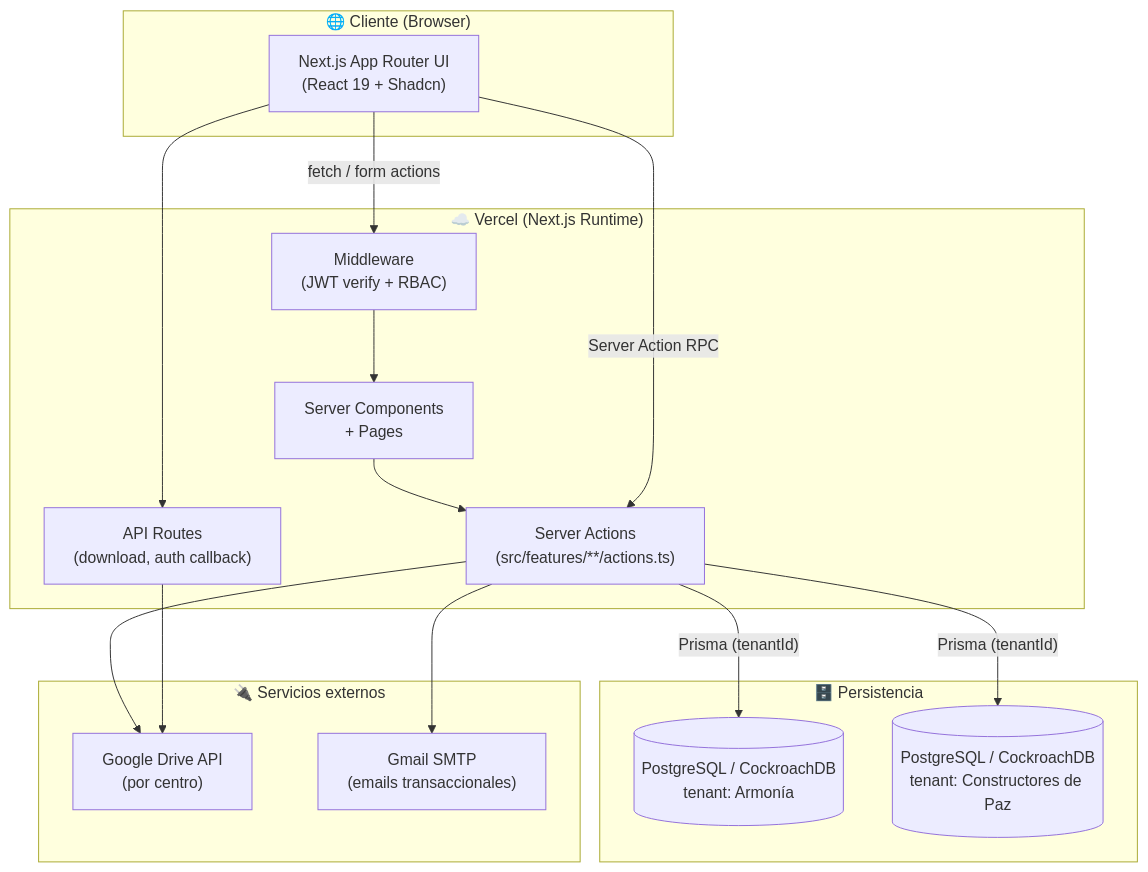
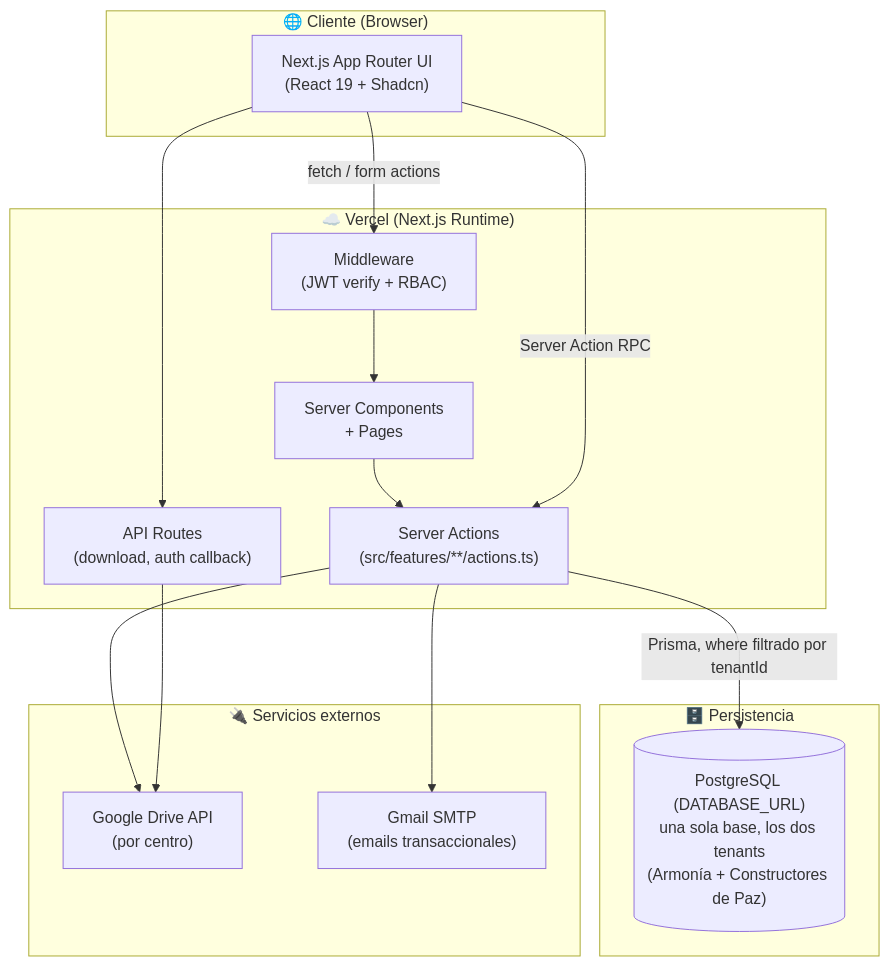
The first of 9 diagrams in docs/ARQUITECTURA.md (insolventic/insolventic), drawn with Mermaid before and after one commit. The commit also changed other lines of this file and 5 other files, not shown here.

````diff
--- a/docs/ARQUITECTURA.md
+++ b/docs/ARQUITECTURA.md
@@ -9,34 +9,32 @@
 ```mermaid
 flowchart TB
     subgraph Client["🌐 Cliente (Browser)"]
         UI["Next.js App Router UI<br/>(React 19 + Shadcn)"]
     end
 
     subgraph Vercel["☁️ Vercel (Next.js Runtime)"]
         Middleware["Middleware<br/>(JWT verify + RBAC)"]
         Pages["Server Components<br/>+ Pages"]
         Actions["Server Actions<br/>(src/features/**/actions.ts)"]
         API["API Routes<br/>(download, auth callback)"]
     end
 
     subgraph Data["🗄️ Persistencia"]
-        DB_A[("PostgreSQL / CockroachDB<br/>tenant: Armonía")]
-        DB_C[("PostgreSQL / CockroachDB<br/>tenant: Constructores de Paz")]
+        DB[("PostgreSQL (DATABASE_URL)<br/>una sola base, los dos tenants<br/>(Armonía + Constructores de Paz)")]
     end
 
     subgraph External["🔌 Servicios externos"]
         Drive["Google Drive API<br/>(por centro)"]
         SMTP["Gmail SMTP<br/>(emails transaccionales)"]
     end
 
     UI -- "fetch / form actions" --> Middleware
     Middleware --> Pages
     Pages --> Actions
     UI -- "Server Action RPC" --> Actions
     UI --> API
-    Actions -- "Prisma (tenantId)" --> DB_A
-    Actions -- "Prisma (tenantId)" --> DB_C
+    Actions -- "Prisma, where filtrado por tenantId" --> DB
     Actions --> Drive
     Actions --> SMTP
     API --> Drive
 ```
````
